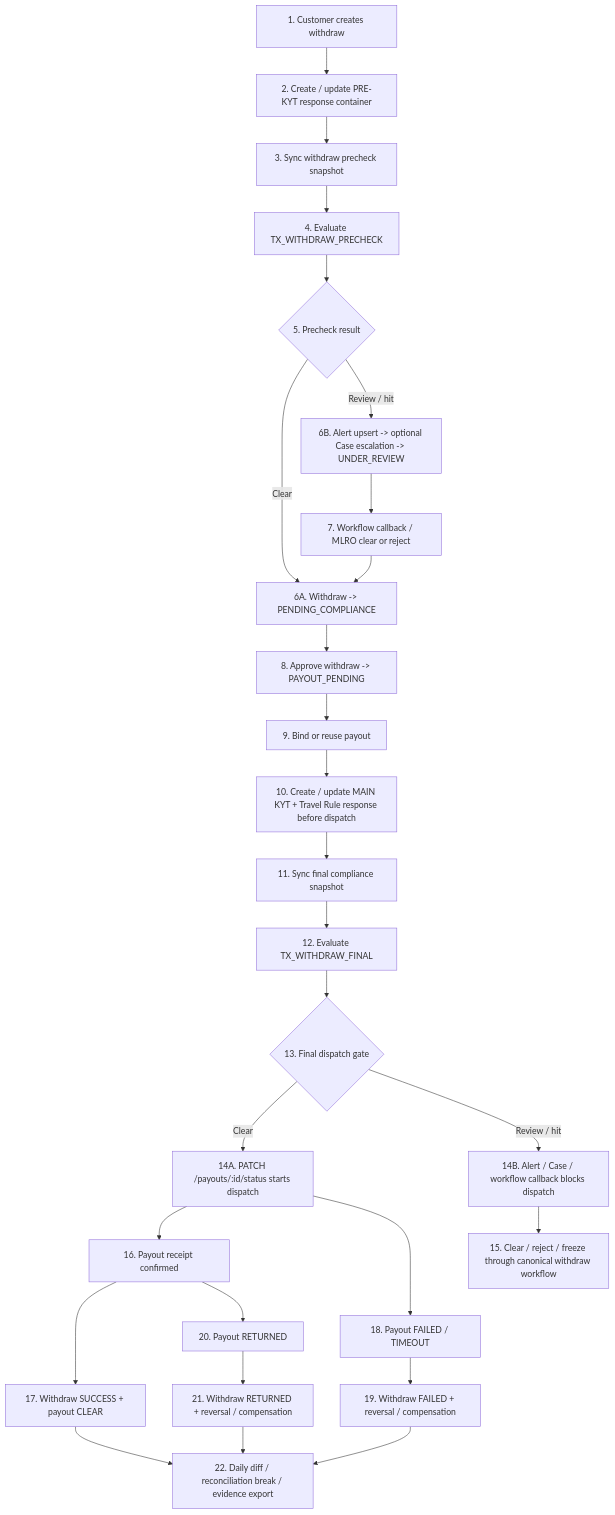
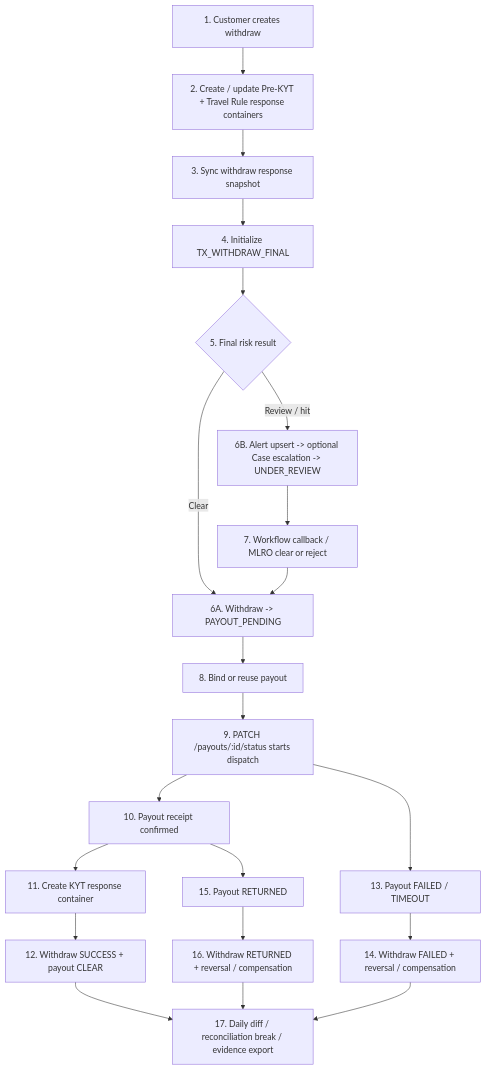
One commit to 2handsuae/fiatx-demo changed the diagram in Exchange_js/docs/roadmap/wave-7-withdraw-payout-phase-plan.md. Above: the diagram before and after it, drawn with Mermaid. The commit also changed other lines of this file and 65 other files, not shown here.

````diff
--- a/Exchange_js/docs/roadmap/wave-7-withdraw-payout-phase-plan.md
+++ b/Exchange_js/docs/roadmap/wave-7-withdraw-payout-phase-plan.md
@@ -129,29 +129,23 @@
 ```mermaid
 flowchart TD
-  A["1. Customer creates withdraw"] --> B["2. Create / update PRE-KYT response container"]
-  B --> C["3. Sync withdraw precheck snapshot"]
-  C --> D["4. Evaluate TX_WITHDRAW_PRECHECK"]
-  D --> E{"5. Precheck result"}
-  E -->|Clear| F["6A. Withdraw -> PENDING_COMPLIANCE"]
+  A["1. Customer creates withdraw"] --> B["2. Create / update Pre-KYT + Travel Rule response containers"]
+  B --> C["3. Sync withdraw response snapshot"]
+  C --> D["4. Initialize TX_WITHDRAW_FINAL"]
+  D --> E{"5. Final risk result"}
+  E -->|Clear| F["6A. Withdraw -> PAYOUT_PENDING"]
   E -->|Review / hit| G["6B. Alert upsert -> optional Case escalation -> UNDER_REVIEW"]
   G --> H["7. Workflow callback / MLRO clear or reject"]
   H --> F
-  F --> I["8. Approve withdraw -> PAYOUT_PENDING"]
-  I --> J["9. Bind or reuse payout"]
-  J --> K["10. Create / update MAIN KYT + Travel Rule response before dispatch"]
-  K --> L["11. Sync final compliance snapshot"]
-  L --> M["12. Evaluate TX_WITHDRAW_FINAL"]
-  M --> N{"13. Final dispatch gate"}
-  N -->|Clear| O["14A. PATCH /payouts/:id/status starts dispatch"]
-  N -->|Review / hit| P["14B. Alert / Case / workflow callback blocks dispatch"]
-  P --> Q["15. Clear / reject / freeze through canonical withdraw workflow"]
-  O --> R["16. Payout receipt confirmed"]
-  R --> S["17. Withdraw SUCCESS + payout CLEAR"]
-  O --> T["18. Payout FAILED / TIMEOUT"]
-  T --> U["19. Withdraw FAILED + reversal / compensation"]
-  R --> V["20. Payout RETURNED"]
-  V --> W["21. Withdraw RETURNED + reversal / compensation"]
-  S --> X["22. Daily diff / reconciliation break / evidence export"]
-  U --> X
-  W --> X
+  F --> I["8. Bind or reuse payout"]
+  I --> J["9. PATCH /payouts/:id/status starts dispatch"]
+  J --> K["10. Payout receipt confirmed"]
+  K --> L["11. Create KYT response container"]
+  L --> M["12. Withdraw SUCCESS + payout CLEAR"]
+  J --> N["13. Payout FAILED / TIMEOUT"]
+  N --> O["14. Withdraw FAILED + reversal / compensation"]
+  K --> P["15. Payout RETURNED"]
+  P --> Q["16. Withdraw RETURNED + reversal / compensation"]
+  M --> X["17. Daily diff / reconciliation break / evidence export"]
+  O --> X
+  Q --> X
 ```
````
